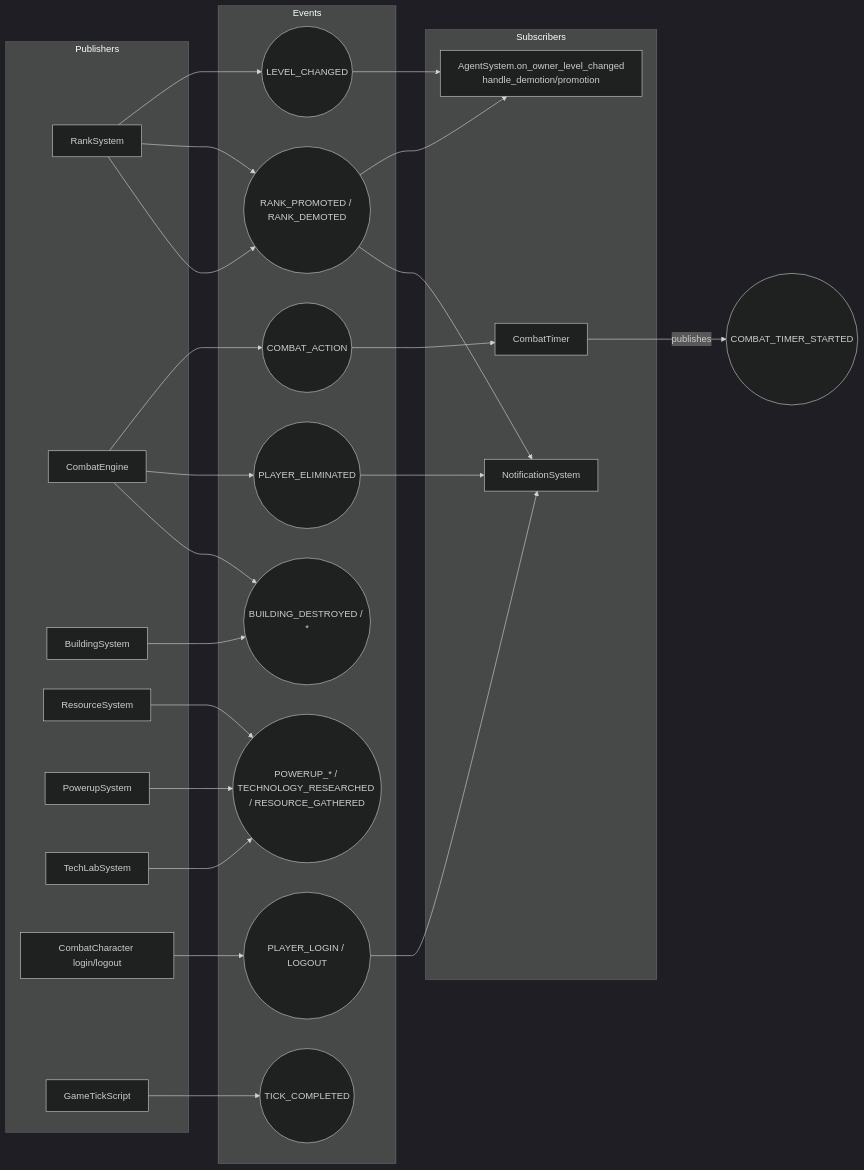
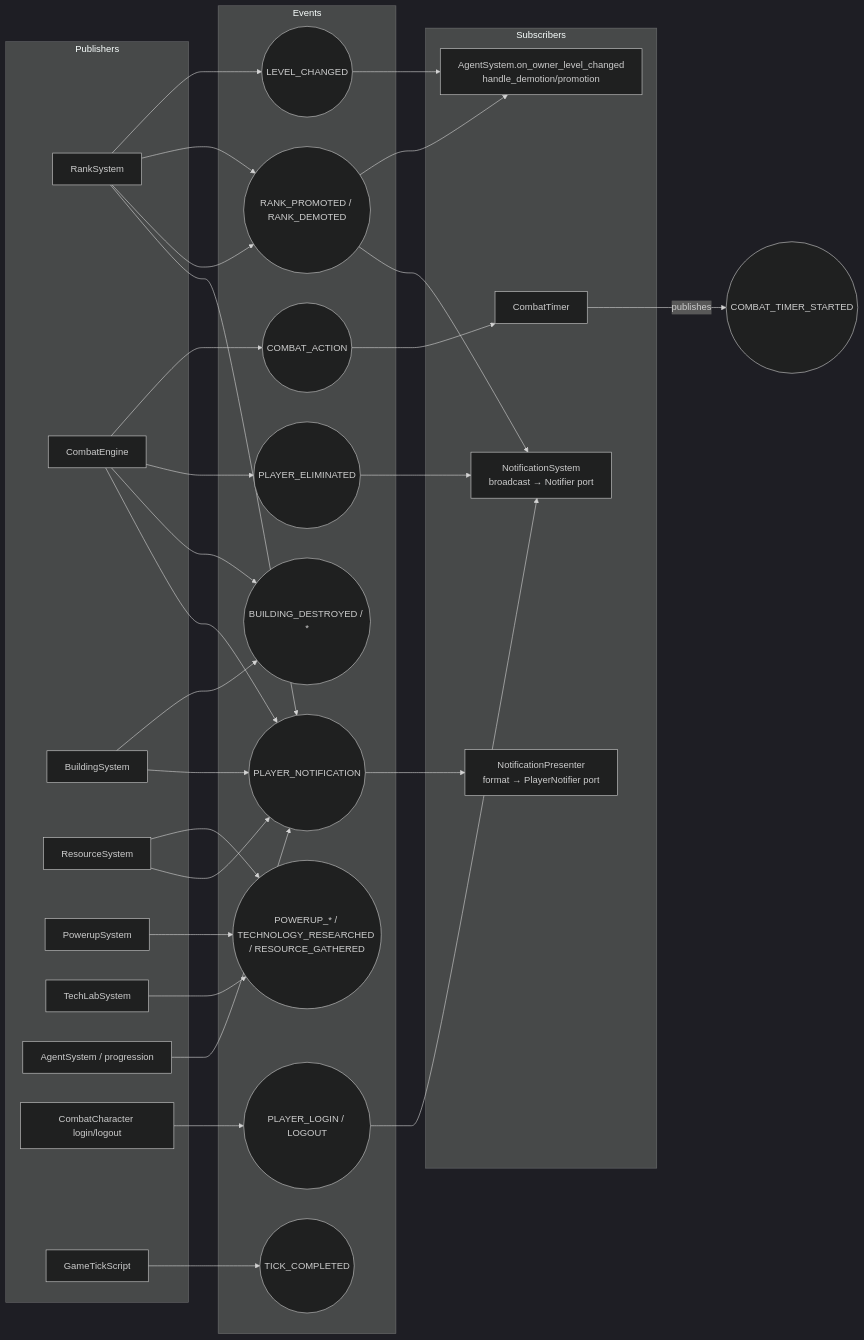
Before and after one commit to victorkhou/ProjectV: the seventh of 12 diagrams in mygame/ARCHITECTURE.md, drawn with Mermaid (dark theme). The commit also changed other lines of this file and 2 other files, not shown here.

````diff
--- a/mygame/ARCHITECTURE.md
+++ b/mygame/ARCHITECTURE.md
@@ -318,44 +408,52 @@
 ```mermaid
 graph LR
     subgraph Publishers
         RANK[RankSystem]
         COMBAT[CombatEngine]
         BLD[BuildingSystem]
         RES[ResourceSystem]
         PWR[PowerupSystem]
         TECH[TechLabSystem]
+        AGT[AgentSystem / progression]
         CHAR[CombatCharacter login/logout]
         TICK[GameTickScript]
     end
 
     subgraph Events
         e1((LEVEL_CHANGED))
         e2((RANK_PROMOTED / RANK_DEMOTED))
         e3((COMBAT_ACTION))
         e4((PLAYER_ELIMINATED))
         e5((BUILDING_DESTROYED / *))
         e6((PLAYER_LOGIN / LOGOUT))
         e7((POWERUP_* / TECHNOLOGY_RESEARCHED / RESOURCE_GATHERED))
         e8((TICK_COMPLETED))
+        e9((PLAYER_NOTIFICATION))
     end
 
     subgraph Subscribers
         AGENT[AgentSystem.on_owner_level_changed<br/>handle_demotion/promotion]
-        NOTIF[NotificationSystem]
+        NOTIF[NotificationSystem<br/>broadcast → Notifier port]
+        PRES[NotificationPresenter<br/>format → PlayerNotifier port]
         CT[CombatTimer]
     end
 
     RANK --> e1 --> AGENT
     RANK --> e2 --> AGENT
     RANK --> e2 --> NOTIF
     COMBAT --> e3 --> CT
     COMBAT --> e4 --> NOTIF
     COMBAT --> e5
     BLD --> e5
     CHAR --> e6 --> NOTIF
     RES --> e7
     PWR --> e7
     TECH --> e7
     TICK --> e8
+    RANK --> e9 --> PRES
+    COMBAT --> e9
+    BLD --> e9
+    RES --> e9
+    AGT --> e9
     CT -->|publishes| CTS((COMBAT_TIMER_STARTED))
 ```
````
